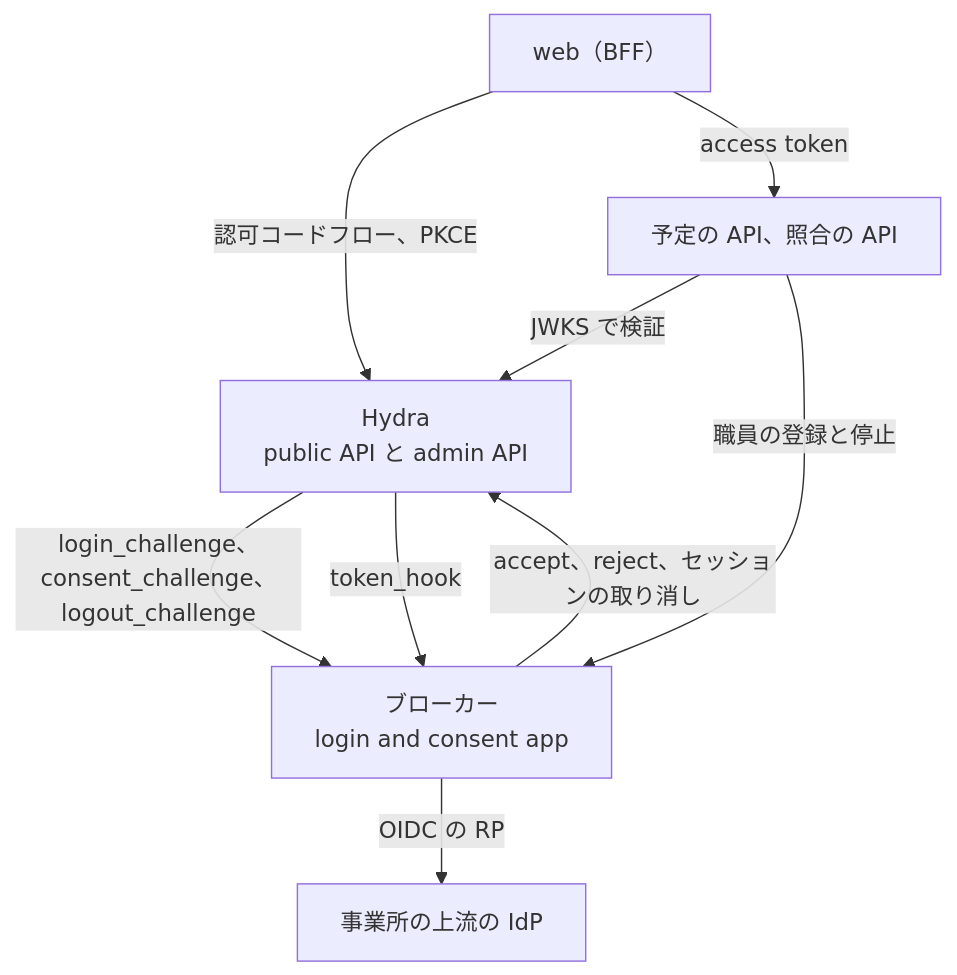
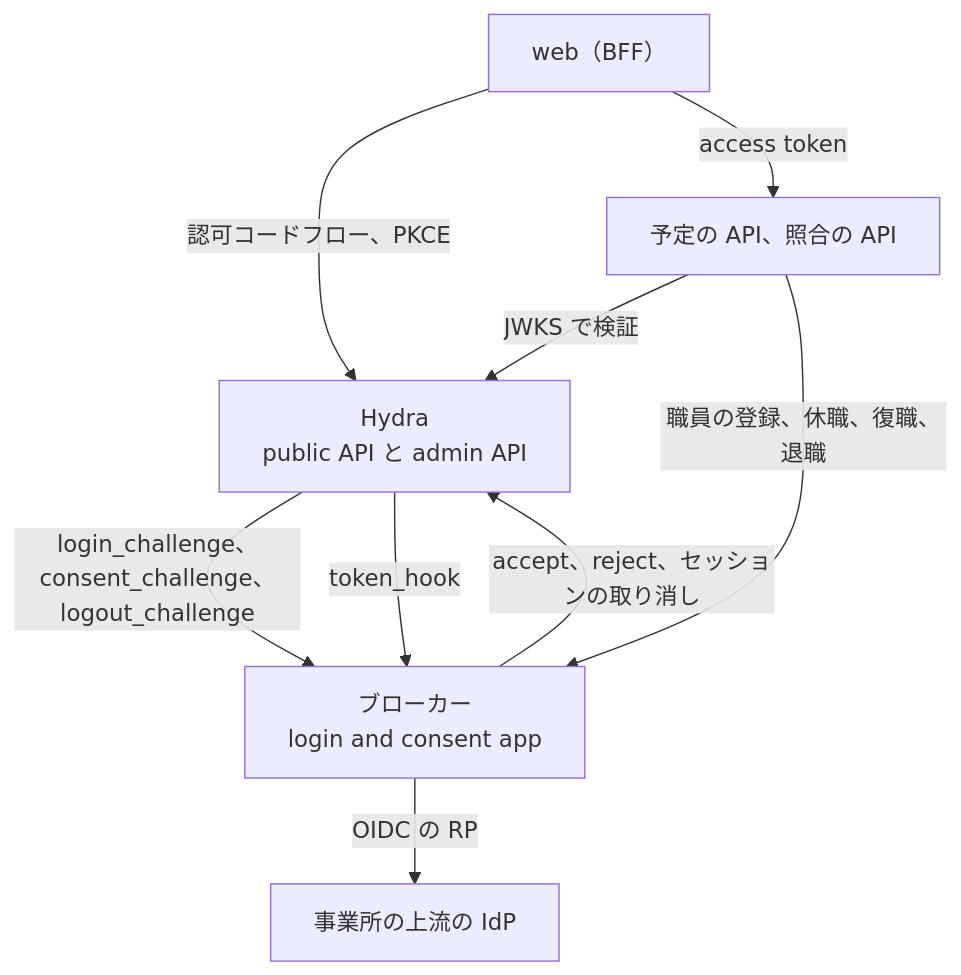
The first of 6 diagrams in services/broker/DesignDoc.md (Fukuemon/buddy), drawn with Mermaid before and after one commit. The commit also changed other lines of this file and 16 other files, not shown here.

````diff
--- a/services/broker/DesignDoc.md
+++ b/services/broker/DesignDoc.md
@@ -38,16 +38,16 @@
 ```mermaid
 flowchart TB
   web["web（BFF）"]
   hydra["Hydra<br/>public API と admin API"]
   broker["ブローカー<br/>login and consent app"]
   upstream["事業所の上流の IdP"]
   api["予定の API、照合の API"]
   web -->|認可コードフロー、PKCE| hydra
   hydra -->|login_challenge、consent_challenge、logout_challenge| broker
   broker -->|OIDC の RP| upstream
   broker -->|accept、reject、セッションの取り消し| hydra
   hydra -->|token_hook| broker
   web -->|access token| api
   api -->|JWKS で検証| hydra
-  api -->|職員の登録と停止| broker
+  api -->|職員の登録、休職、復職、退職| broker
 ```
````
